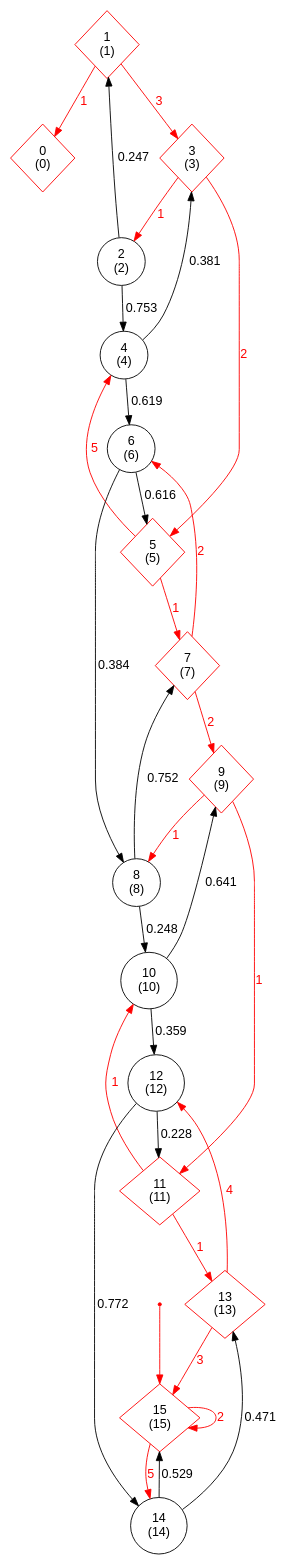
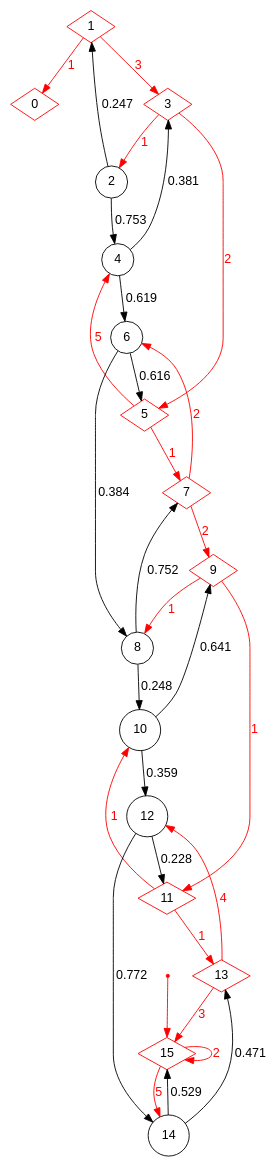
One commit to akiralane/prism-energy-mdps changed the diagram in emdp-examples/generated/line/16.dot. Above: the diagram before and after it, drawn with Graphviz. The commit also changed 16 other files, not shown here.

```diff
--- a/emdp-examples/generated/line/16.dot
+++ b/emdp-examples/generated/line/16.dot
@@ -1,51 +1,51 @@
 digraph EMDP {
 node [label="",fontname="Helvetica",shape="circle"];
-0 [label="0\n(0)",color="red",shape="diamond"];
-1 [label="1\n(1)",color="red",shape="diamond"];
+0 [label="0",color="red",shape="diamond"];
+1 [label="1",color="red",shape="diamond"];
 1 -> 0 [label="1",color="red",fontcolor="red",fontname="Helvetica"];
 1 -> 3 [label="3",color="red",fontcolor="red",fontname="Helvetica"];
-2 [label="2\n(2)",color="black"];
+2 [label="2",color="black"];
 2 -> 1 [label="0.247",color="black",fontcolor="black",fontname="Helvetica"];
 2 -> 4 [label="0.753",color="black",fontcolor="black",fontname="Helvetica"];
-3 [label="3\n(3)",color="red",shape="diamond"];
+3 [label="3",color="red",shape="diamond"];
 3 -> 2 [label="1",color="red",fontcolor="red",fontname="Helvetica"];
 3 -> 5 [label="2",color="red",fontcolor="red",fontname="Helvetica"];
-4 [label="4\n(4)",color="black"];
+4 [label="4",color="black"];
 4 -> 3 [label="0.381",color="black",fontcolor="black",fontname="Helvetica"];
 4 -> 6 [label="0.619",color="black",fontcolor="black",fontname="Helvetica"];
-5 [label="5\n(5)",color="red",shape="diamond"];
+5 [label="5",color="red",shape="diamond"];
 5 -> 4 [label="5",color="red",fontcolor="red",fontname="Helvetica"];
 5 -> 7 [label="1",color="red",fontcolor="red",fontname="Helvetica"];
-6 [label="6\n(6)",color="black"];
+6 [label="6",color="black"];
 6 -> 5 [label="0.616",color="black",fontcolor="black",fontname="Helvetica"];
 6 -> 8 [label="0.384",color="black",fontcolor="black",fontname="Helvetica"];
-7 [label="7\n(7)",color="red",shape="diamond"];
+7 [label="7",color="red",shape="diamond"];
 7 -> 6 [label="2",color="red",fontcolor="red",fontname="Helvetica"];
 7 -> 9 [label="2",color="red",fontcolor="red",fontname="Helvetica"];
-8 [label="8\n(8)",color="black"];
+8 [label="8",color="black"];
 8 -> 7 [label="0.752",color="black",fontcolor="black",fontname="Helvetica"];
 8 -> 10 [label="0.248",color="black",fontcolor="black",fontname="Helvetica"];
-9 [label="9\n(9)",color="red",shape="diamond"];
+9 [label="9",color="red",shape="diamond"];
 9 -> 8 [label="1",color="red",fontcolor="red",fontname="Helvetica"];
 9 -> 11 [label="1",color="red",fontcolor="red",fontname="Helvetica"];
-10 [label="10\n(10)",color="black"];
+10 [label="10",color="black"];
 10 -> 9 [label="0.641",color="black",fontcolor="black",fontname="Helvetica"];
 10 -> 12 [label="0.359",color="black",fontcolor="black",fontname="Helvetica"];
-11 [label="11\n(11)",color="red",shape="diamond"];
+11 [label="11",color="red",shape="diamond"];
 11 -> 10 [label="1",color="red",fontcolor="red",fontname="Helvetica"];
 11 -> 13 [label="1",color="red",fontcolor="red",fontname="Helvetica"];
-12 [label="12\n(12)",color="black"];
+12 [label="12",color="black"];
 12 -> 11 [label="0.228",color="black",fontcolor="black",fontname="Helvetica"];
 12 -> 14 [label="0.772",color="black",fontcolor="black",fontname="Helvetica"];
-13 [label="13\n(13)",color="red",shape="diamond"];
+13 [label="13",color="red",shape="diamond"];
 13 -> 12 [label="4",color="red",fontcolor="red",fontname="Helvetica"];
 13 -> 15 [label="3",color="red",fontcolor="red",fontname="Helvetica"];
-14 [label="14\n(14)",color="black"];
+14 [label="14",color="black"];
 14 -> 13 [label="0.471",color="black",fontcolor="black",fontname="Helvetica"];
 14 -> 15 [label="0.529",color="black",fontcolor="black",fontname="Helvetica"];
-15 [label="15\n(15)",color="red",shape="diamond"];
+15 [label="15",color="red",shape="diamond"];
 "15i" [label="",color="red",shape="point"];
 "15i" -> 15 [label="",color="red"];
 15 -> 14 [label="5",color="red",fontcolor="red",fontname="Helvetica"];
 15 -> 15 [label="2",color="red",fontcolor="red",fontname="Helvetica"];
 }
```
